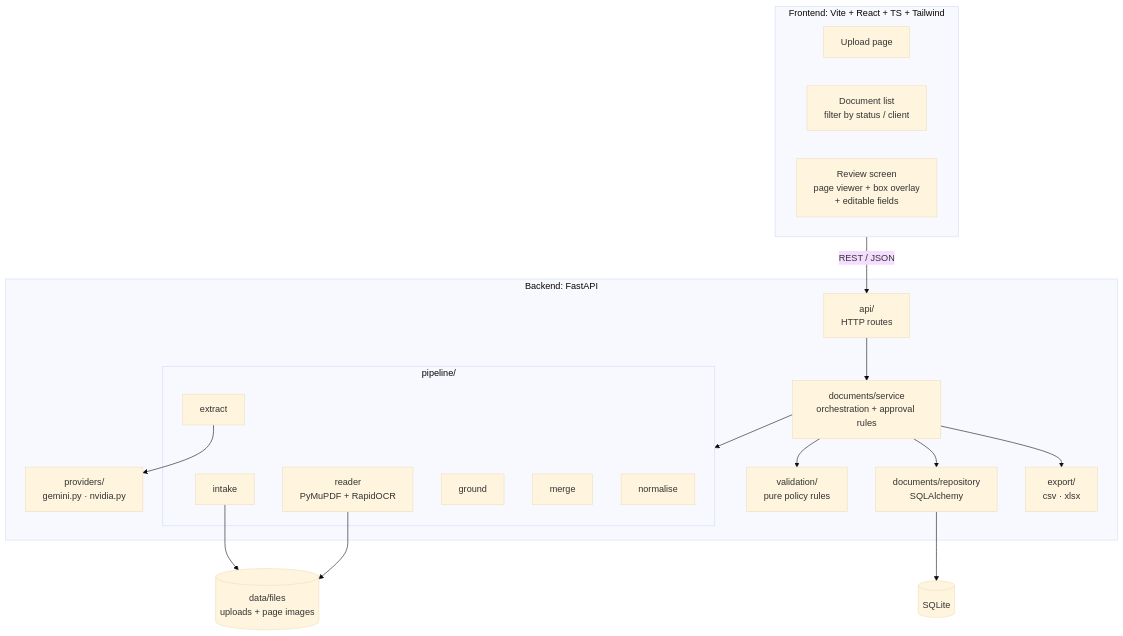
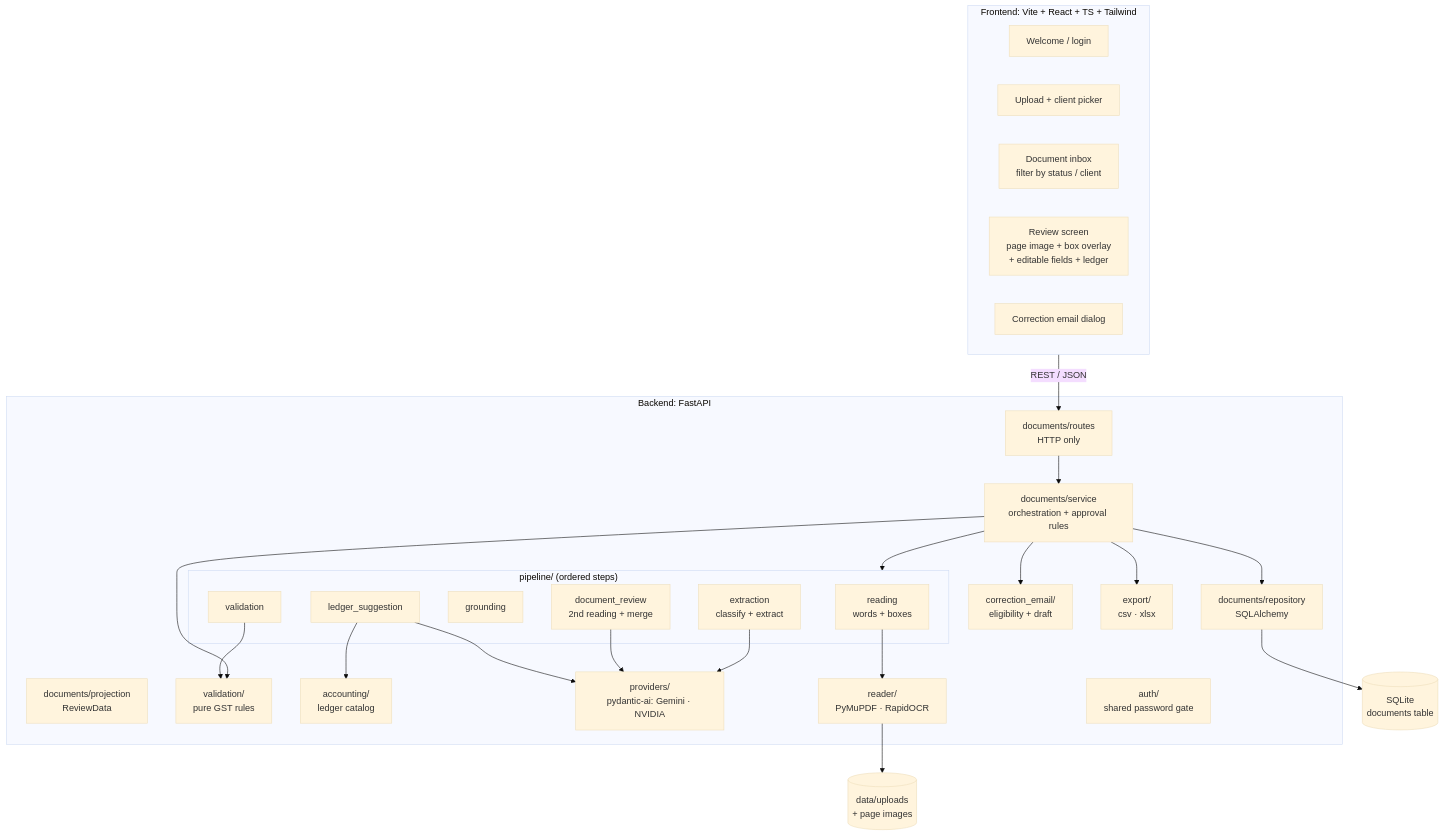
The third of 7 diagrams in docs/architecture.md (indiragothi/invoice-review), drawn with Mermaid (base theme) before and after one commit. The commit also changed other lines of this file and 14 other files, not shown here.

````diff
--- a/docs/architecture.md
+++ b/docs/architecture.md
@@ -29,39 +46,51 @@
 ```mermaid
 flowchart TB
     subgraph FE["Frontend: Vite + React + TS + Tailwind"]
-        upload["Upload page"]
-        list["Document list<br/>filter by status / client"]
-        review["Review screen<br/>page viewer + box overlay<br/>+ editable fields"]
+        welcome["Welcome / login"]
+        upload["Upload + client picker"]
+        inbox["Document inbox<br/>filter by status / client"]
+        review["Review screen<br/>page image + box overlay<br/>+ editable fields + ledger"]
+        email["Correction email dialog"]
     end
 
     subgraph BE["Backend: FastAPI"]
-        routes["api/<br/>HTTP routes"]
+        routes["documents/routes<br/>HTTP only"]
         service["documents/service<br/>orchestration + approval rules"]
         repo["documents/repository<br/>SQLAlchemy"]
-        subgraph PIPE["pipeline/"]
-            intake["intake"]
-            reader["reader<br/>PyMuPDF + RapidOCR"]
-            extract["extract"]
-            ground["ground"]
-            merge["merge"]
-            normalise["normalise"]
+        projection["documents/projection<br/>ReviewData"]
+        subgraph PIPE["pipeline/ (ordered steps)"]
+            reading["reading<br/>words + boxes"]
+            extraction["extraction<br/>classify + extract"]
+            grounding["grounding"]
+            docreview["document_review<br/>2nd reading + merge"]
+            validation_step["validation"]
+            ledger["ledger_suggestion"]
         end
-        validation["validation/<br/>pure policy rules"]
-        providers["providers/<br/>gemini.py · nvidia.py"]
+        validation["validation/<br/>pure GST rules"]
+        accounting["accounting/<br/>ledger catalog"]
+        correction["correction_email/<br/>eligibility + draft"]
+        providers["providers/<br/>pydantic-ai: Gemini · NVIDIA"]
+        reader["reader/<br/>PyMuPDF · RapidOCR"]
+        auth["auth/<br/>shared password gate"]
         export["export/<br/>csv · xlsx"]
     end
 
-    db[("SQLite")]
-    files[("data/files<br/>uploads + page images")]
+    db[("SQLite<br/>documents table")]
+    files[("data/uploads<br/>+ page images")]
 
     FE -- "REST / JSON" --> routes
     routes --> service
     service --> PIPE
     service --> validation
+    service --> correction
+    service --> export
     service --> repo
-    service --> export
-    extract --> providers
+    reading --> reader
+    extraction --> providers
+    docreview --> providers
+    ledger --> providers
+    ledger --> accounting
+    validation_step --> validation
     repo --> db
-    intake --> files
     reader --> files
 ```
````
